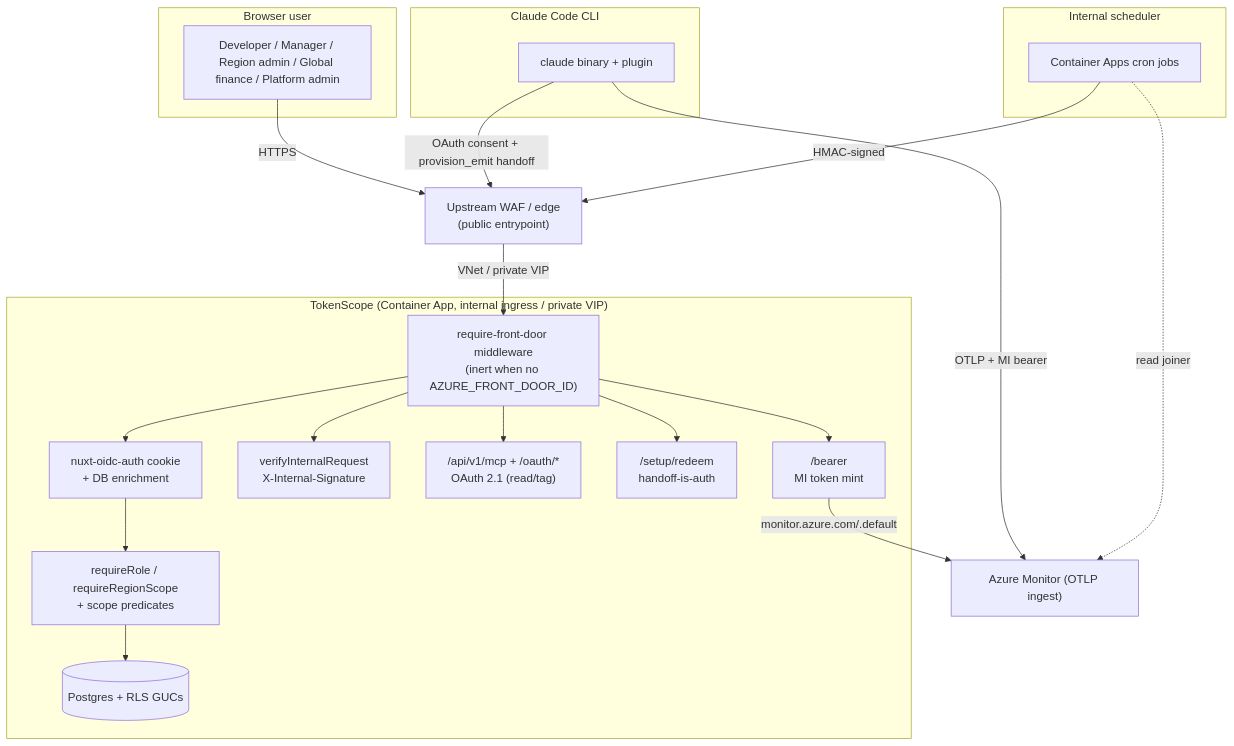
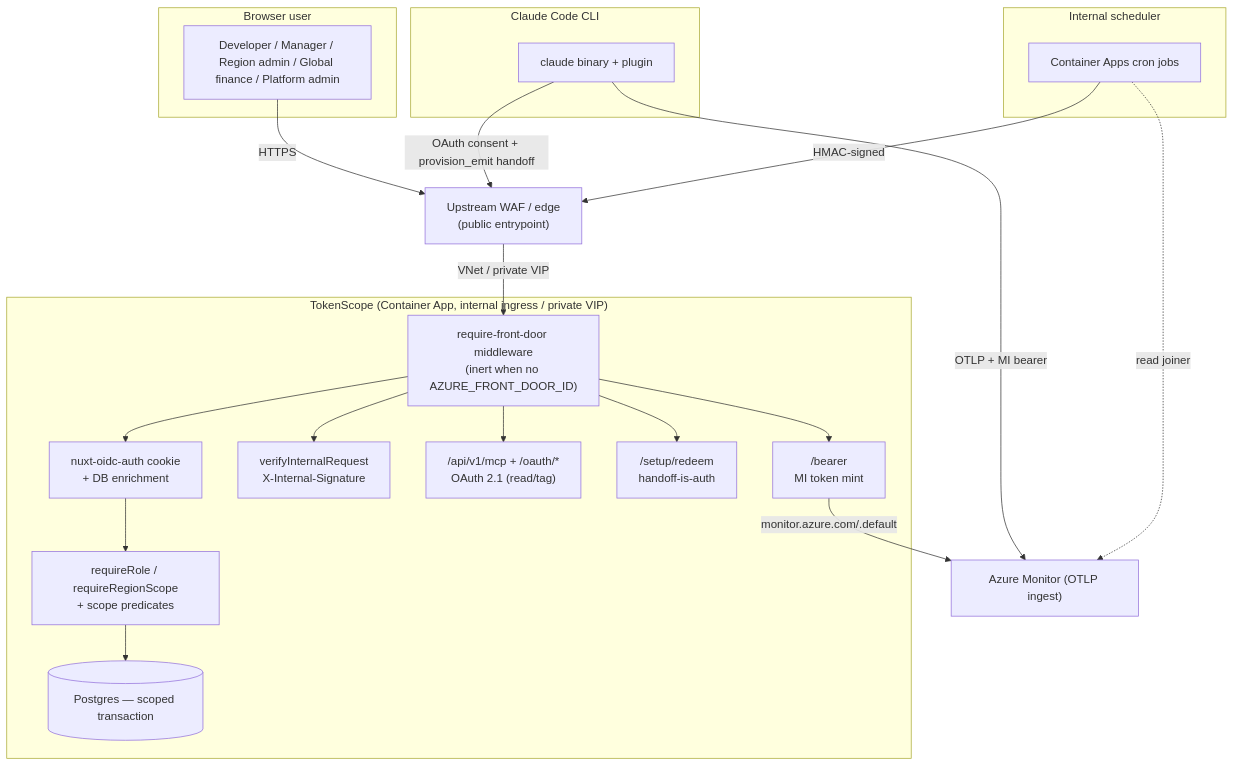
The first of 5 diagrams in docs/wiki/Authentication-and-Security.md (Insight-Services-APAC/tokenscope-public), drawn with Mermaid before and after one commit. The commit also changed other lines of this file and 29 other files, not shown here.

````diff
--- a/docs/wiki/Authentication-and-Security.md
+++ b/docs/wiki/Authentication-and-Security.md
@@ -22,36 +22,36 @@
 ```mermaid
 flowchart TB
     subgraph Browser["Browser user"]
         U[Developer / Manager / Region admin / Global finance / Platform admin]
     end
     subgraph CLI["Claude Code CLI"]
         C[claude binary + plugin]
     end
     subgraph Sched["Internal scheduler"]
         W[Container Apps cron jobs]
     end
 
     WAF["Upstream WAF / edge<br/>(public entrypoint)"]
     subgraph App["TokenScope (Container App, internal ingress / private VIP)"]
         FD["require-front-door middleware<br/>(inert when no AZURE_FRONT_DOOR_ID)"]
         OIDC["nuxt-oidc-auth cookie<br/>+ DB enrichment"]
         RBAC["requireRole / requireRegionScope<br/>+ scope predicates"]
         HMACI["verifyInternalRequest<br/>X-Internal-Signature"]
         OAUTH["/api/v1/mcp + /oauth/*<br/>OAuth 2.1 (read/tag)"]
         SETUP["/setup/redeem<br/>handoff-is-auth"]
         BEARER["/bearer<br/>MI token mint"]
-        RLS[(Postgres + RLS GUCs)]
+        DB[(Postgres — scoped transaction)]
     end
     AZ["Azure Monitor (OTLP ingest)"]
 
     U -->|HTTPS| WAF -->|VNet / private VIP| FD
     C -->|OAuth consent + provision_emit handoff| WAF
     C -->|OTLP + MI bearer| AZ
     W -->|HMAC-signed| WAF
-    FD --> OIDC --> RBAC --> RLS
+    FD --> OIDC --> RBAC --> DB
     FD --> HMACI
     FD --> OAUTH
     FD --> SETUP
     FD --> BEARER -->|monitor.azure.com/.default| AZ
     W -.read joiner.-> AZ
 ```
````
